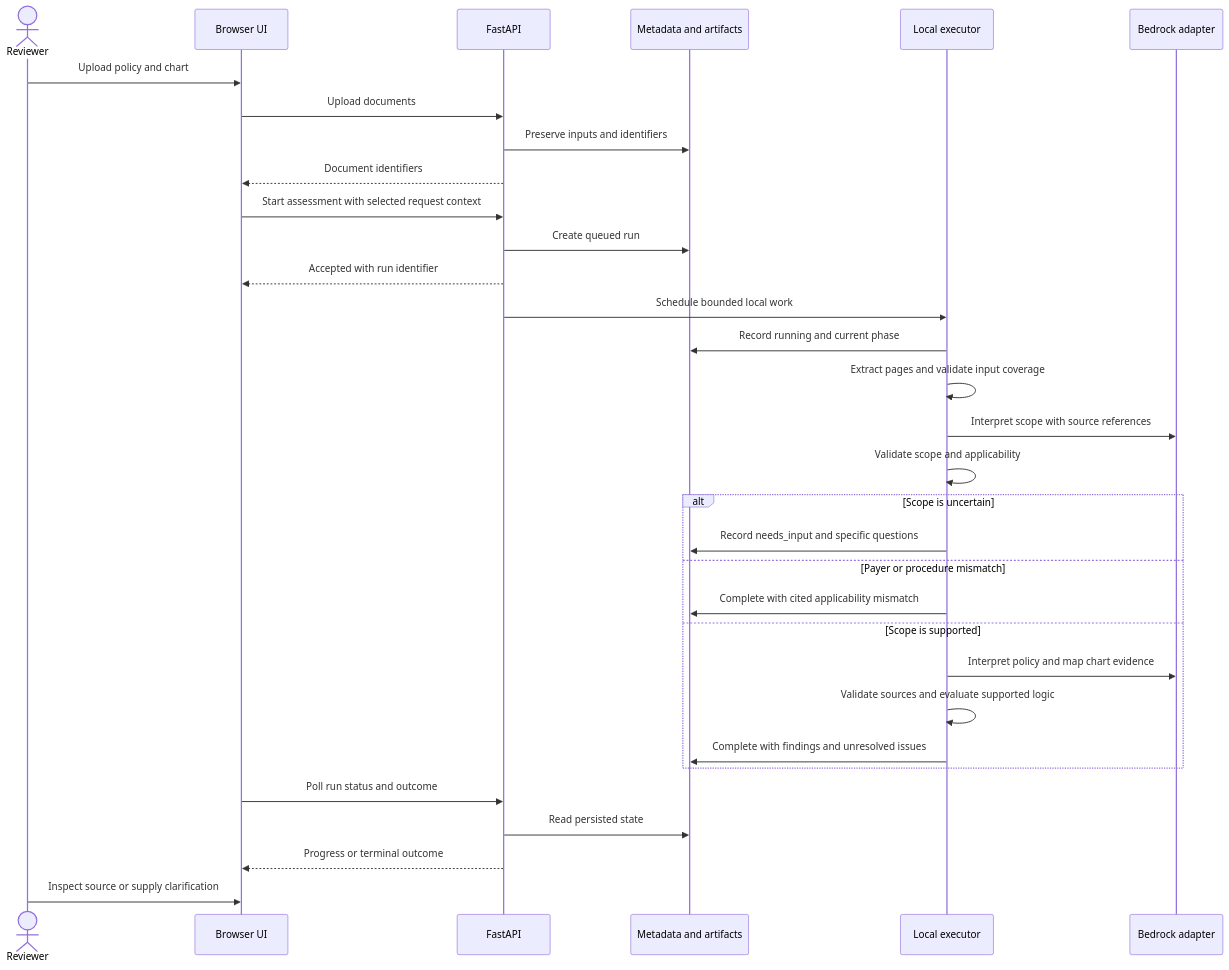
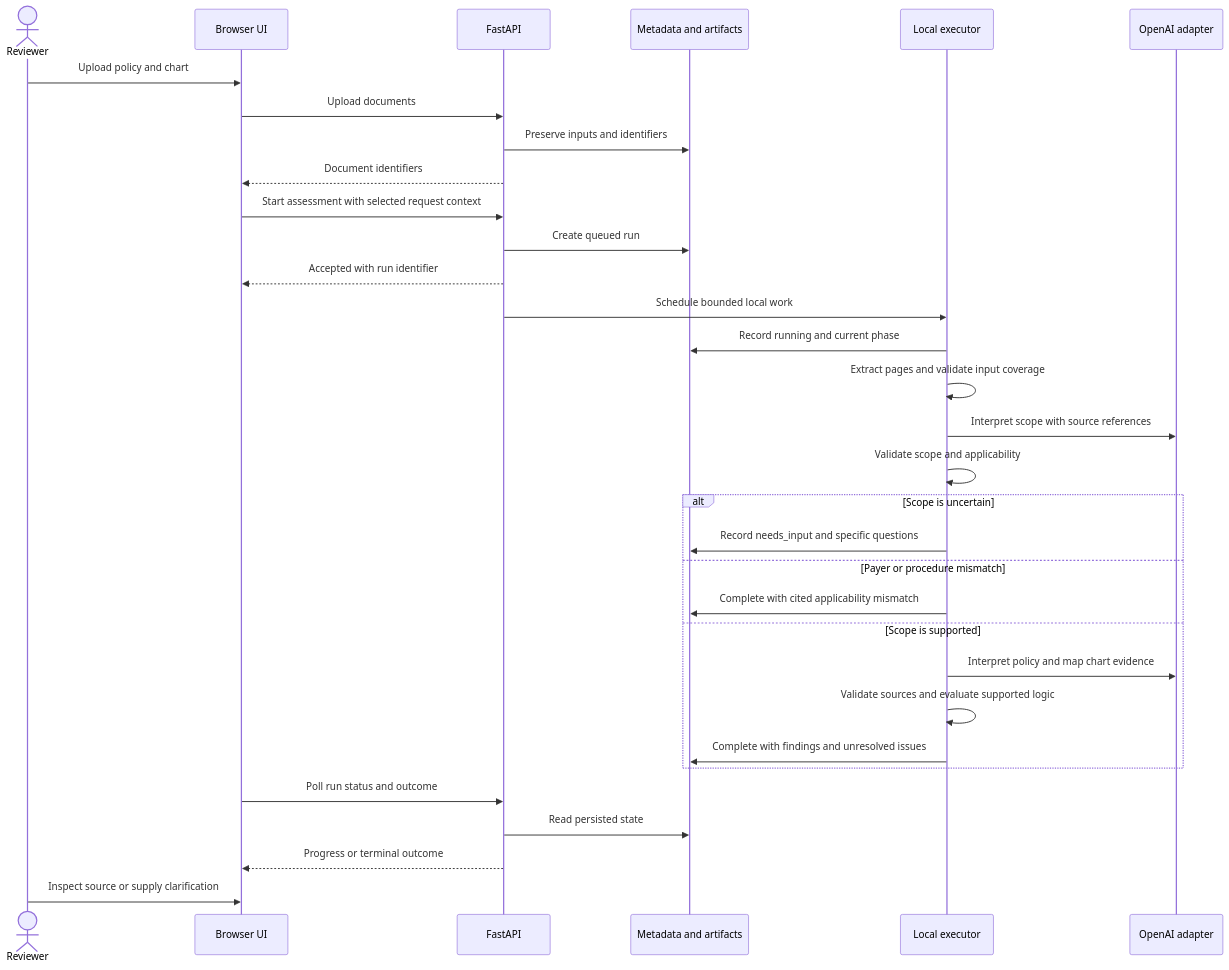
Before and after one commit to alexeynesteruk/aira: the third of 4 diagrams in docs/architecture.md, drawn with Mermaid. The commit also changed other lines of this file and 20 other files, not shown here.

````diff
--- a/docs/architecture.md
+++ b/docs/architecture.md
@@ -77,34 +91,34 @@
 ```mermaid
 sequenceDiagram
     actor Reviewer
     participant UI as Browser UI
     participant API as FastAPI
     participant Store as Metadata and artifacts
     participant Worker as Local executor
-    participant Model as Bedrock adapter
+    participant Model as OpenAI adapter
     Reviewer->>UI: Upload policy and chart
     UI->>API: Upload documents
     API->>Store: Preserve inputs and identifiers
     API-->>UI: Document identifiers
     UI->>API: Start assessment with selected request context
     API->>Store: Create queued run
     API-->>UI: Accepted with run identifier
     API->>Worker: Schedule bounded local work
     Worker->>Store: Record running and current phase
     Worker->>Worker: Extract pages and validate input coverage
     Worker->>Model: Interpret scope with source references
     Worker->>Worker: Validate scope and applicability
     alt Scope is uncertain
         Worker->>Store: Record needs_input and specific questions
     else Payer or procedure mismatch
         Worker->>Store: Complete with cited applicability mismatch
     else Scope is supported
         Worker->>Model: Interpret policy and map chart evidence
         Worker->>Worker: Validate sources and evaluate supported logic
         Worker->>Store: Complete with findings and unresolved issues
     end
     UI->>API: Poll run status and outcome
     API->>Store: Read persisted state
     API-->>UI: Progress or terminal outcome
     Reviewer->>UI: Inspect source or supply clarification
 ```
````
